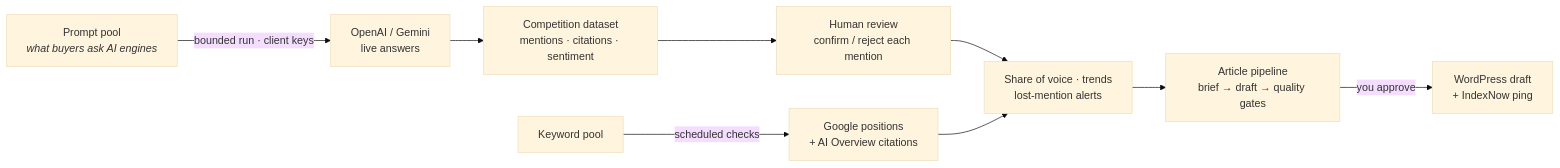
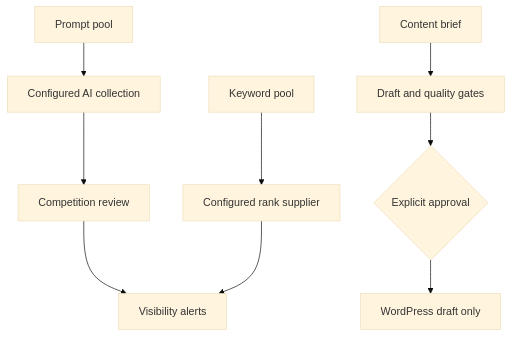
The second of 2 diagrams in README.md (Geoking2104/GTM-Growth), drawn with Mermaid (base theme) before and after one commit. The commit also changed other lines of this file, not shown here.

````diff
--- a/README.md
+++ b/README.md
@@ -177,11 +313,11 @@
 ```mermaid
-flowchart LR
-  P["Prompt pool<br/><i>what buyers ask AI engines</i>"] -->| bounded run · client keys | RUN["OpenAI / Gemini<br/>live answers"]
-  RUN --> DS["Competition dataset<br/>mentions · citations · sentiment"]
-  DS --> REV["Human review<br/>confirm / reject each mention"]
-  REV --> AL["Share of voice · trends<br/>lost-mention alerts"]
-  KEY["Keyword pool"] -->| scheduled checks | RANK["Google positions<br/>+ AI Overview citations"]
-  RANK --> AL
-  AL --> ART["Article pipeline<br/>brief → draft → quality gates"]
-  ART -->| you approve | WP["WordPress draft<br/>+ IndexNow ping"]
+flowchart TD
+  POOL["Prompt pool"] --> RUN["Configured AI collection"]
+  RUN --> REVIEW["Competition review"]
+  REVIEW --> ALERT["Visibility alerts"]
+  KEY["Keyword pool"] --> RANK["Configured rank supplier"]
+  RANK --> ALERT
+  BRIEF["Content brief"] --> DRAFT["Draft and quality gates"]
+  DRAFT --> APPROVE{"Explicit approval"}
+  APPROVE --> WP["WordPress draft only"]
 ```
````
